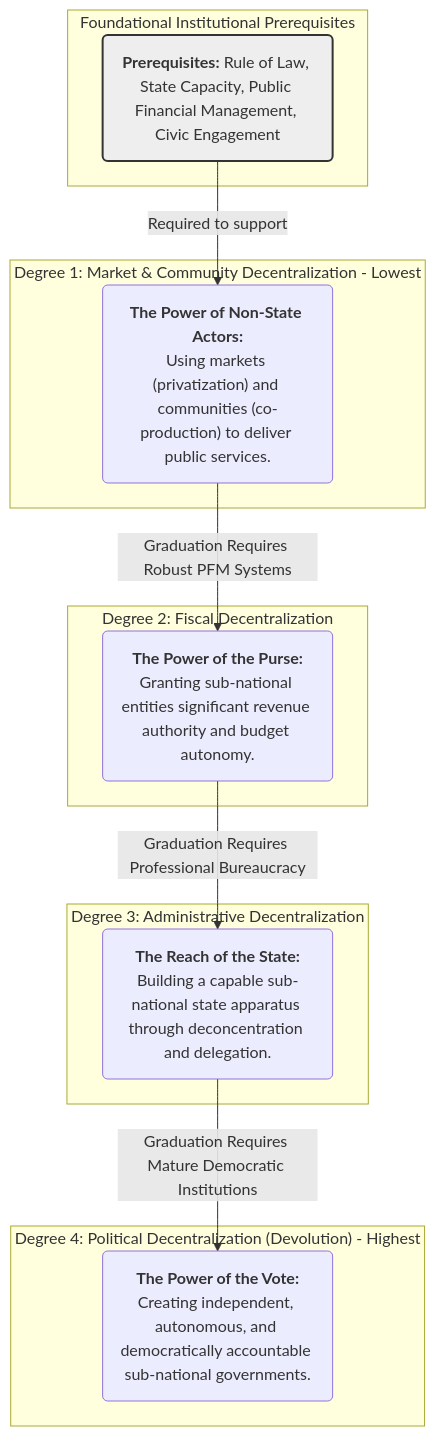
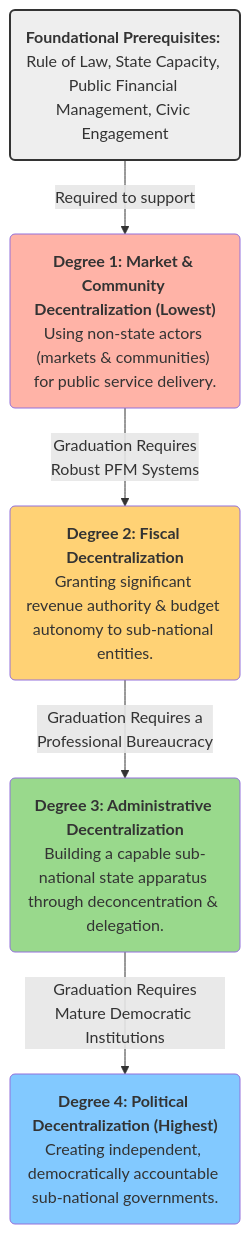
One commit to Aboutorabi/2.1.md changed the diagram in 2.1.md. Above: the diagram before and after it, drawn with Mermaid.

````diff
--- a/2.1.md
+++ b/2.1.md
@@ -1,26 +1,20 @@
 ```mermaid
 graph TD
-    subgraph "Degree 4: Political Decentralization (Devolution) - Highest"
-        D4("<b>The Power of the Vote:</b><br>Creating independent, autonomous, and democratically accountable sub-national governments.")
-    end
-    subgraph "Degree 3: Administrative Decentralization"
-        D3("<b>The Reach of the State:</b><br>Building a capable sub-national state apparatus through deconcentration and delegation.")
-    end
-    subgraph "Degree 2: Fiscal Decentralization"
-        D2("<b>The Power of the Purse:</b><br>Granting sub-national entities significant revenue authority and budget autonomy.")
-    end
-    subgraph "Degree 1: Market & Community Decentralization - Lowest"
-        D1("<b>The Power of Non-State Actors:</b><br>Using markets (privatization) and communities (co-production) to deliver public services.")
-    end
+    D4("<b>Degree 4: Political Decentralization (Highest)</b><br>Creating independent, democratically accountable sub-national governments.")
+    D3("<b>Degree 3: Administrative Decentralization</b><br>Building a capable sub-national state apparatus through deconcentration & delegation.")
+    D2("<b>Degree 2: Fiscal Decentralization</b><br>Granting significant revenue authority & budget autonomy to sub-national entities.")
+    D1("<b>Degree 1: Market & Community Decentralization (Lowest)</b><br>Using non-state actors (markets & communities) for public service delivery.")
     
-    subgraph "Foundational Institutional Prerequisites"
-        F("<b>Prerequisites:</b> Rule of Law, State Capacity, Public Financial Management, Civic Engagement")
-    end
+    F("<b>Foundational Prerequisites:</b> Rule of Law, State Capacity, Public Financial Management, Civic Engagement")
 
     F -- "Required to support" --> D1
-    D1 -- "Graduation Requires Robust PFM Systems" --> D2
-    D2 -- "Graduation Requires Professional Bureaucracy" --> D3
-    D3 -- "Graduation Requires Mature Democratic Institutions" --> D4
+    D1 -- "Graduation Requires<br>Robust PFM Systems" --> D2
+    D2 -- "Graduation Requires a<br>Professional Bureaucracy" --> D3
+    D3 -- "Graduation Requires<br>Mature Democratic Institutions" --> D4
 
+    style D4 fill:#82c9ff
+    style D3 fill:#99d98c
+    style D2 fill:#ffd275
+    style D1 fill:#ffb3a7
     style F fill:#eee,stroke:#333,stroke-width:2px
 ```
````
